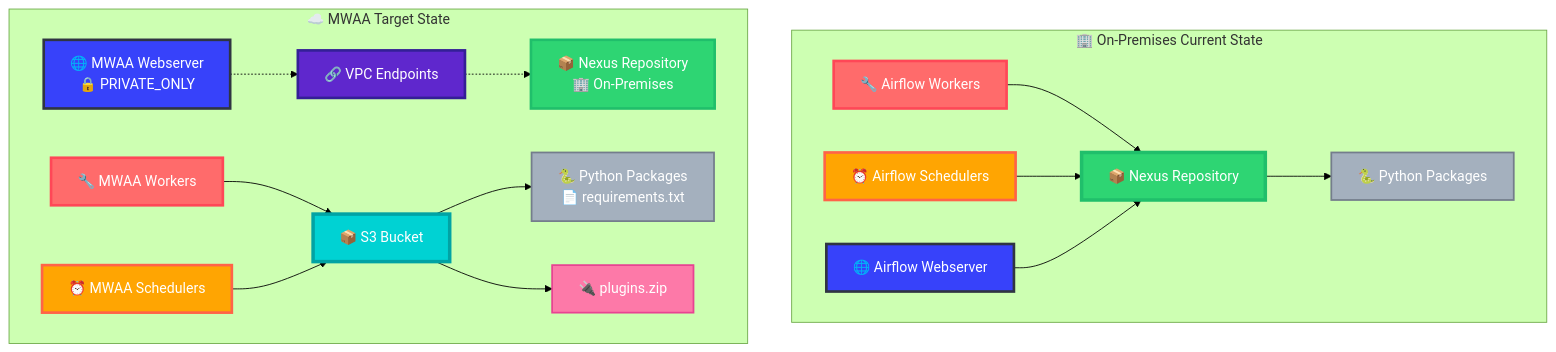
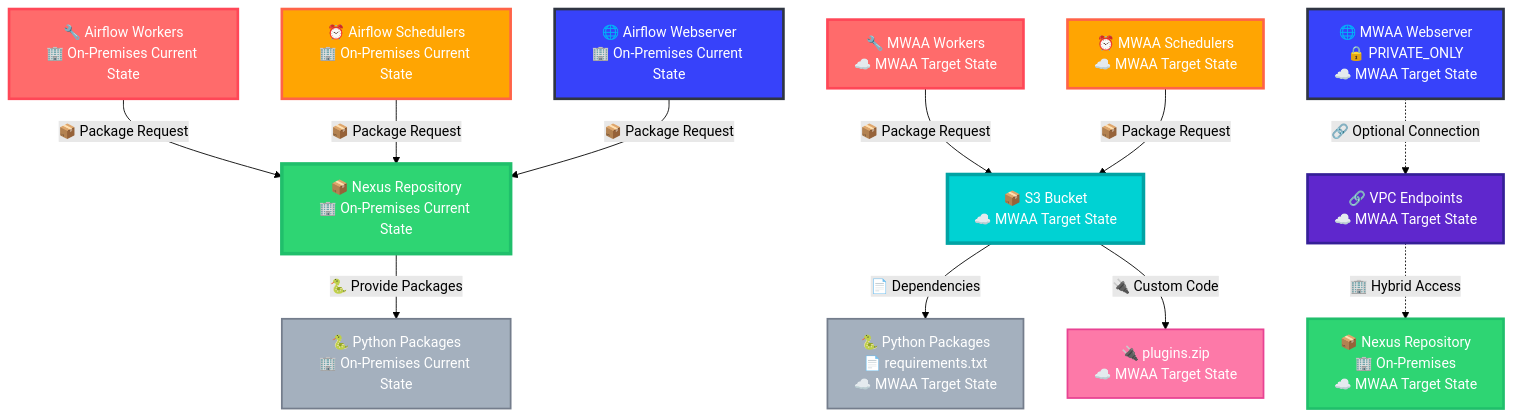
The first of 12 diagrams in README.md (demoq-demo/mwaa), drawn with Mermaid (forest theme) before and after one commit.

````diff
--- a/README.md
+++ b/README.md
@@ -9,34 +9,45 @@
 ```mermaid
 graph TB
-    subgraph "🏢 On-Premises Current State"
-        A[🔧 Airflow Workers] --> N[📦 Nexus Repository]
-        B[⏰ Airflow Schedulers] --> N
-        C[🌐 Airflow Webserver] --> N
-        N --> P[🐍 Python Packages]
-    end
+    A[🔧 Airflow Workers<br/>🏢 On-Premises Current State]
+    B[⏰ Airflow Schedulers<br/>🏢 On-Premises Current State]
+    C[🌐 Airflow Webserver<br/>🏢 On-Premises Current State]
+    N[📦 Nexus Repository<br/>🏢 On-Premises Current State]
+    P[🐍 Python Packages<br/>🏢 On-Premises Current State]
     
-    subgraph "☁️ MWAA Target State"
-        MW[🔧 MWAA Workers] --> S3[📦 S3 Bucket]
-        MS[⏰ MWAA Schedulers] --> S3
-        MWS[🌐 MWAA Webserver<br/>🔒 PRIVATE_ONLY] -.-> VE[🔗 VPC Endpoints]
-        VE -.-> NR[📦 Nexus Repository<br/>🏢 On-Premises]
-        S3 --> PP[🐍 Python Packages<br/>📄 requirements.txt]
-        S3 --> PZ[🔌 plugins.zip]
-    end
+    MW[🔧 MWAA Workers<br/>☁️ MWAA Target State]
+    MS[⏰ MWAA Schedulers<br/>☁️ MWAA Target State]
+    MWS[🌐 MWAA Webserver<br/>🔒 PRIVATE_ONLY<br/>☁️ MWAA Target State]
+    VE[🔗 VPC Endpoints<br/>☁️ MWAA Target State]
+    S3[📦 S3 Bucket<br/>☁️ MWAA Target State]
+    NR[📦 Nexus Repository<br/>🏢 On-Premises<br/>☁️ MWAA Target State]
+    PP[🐍 Python Packages<br/>📄 requirements.txt<br/>☁️ MWAA Target State]
+    PZ[🔌 plugins.zip<br/>☁️ MWAA Target State]
+    
+    A -->|📦 Package Request| N
+    B -->|📦 Package Request| N
+    C -->|📦 Package Request| N
+    N -->|🐍 Provide Packages| P
+    
+    MW -->|📦 Package Request| S3
+    MS -->|📦 Package Request| S3
+    MWS -.->|🔗 Optional Connection| VE
+    VE -.->|🏢 Hybrid Access| NR
+    S3 -->|📄 Dependencies| PP
+    S3 -->|🔌 Custom Code| PZ
     
     %% Styling for colorful appearance
     style A fill:#ff6b6b,stroke:#ff4757,stroke-width:3px,color:#fff
     style B fill:#ffa502,stroke:#ff6348,stroke-width:3px,color:#fff
     style C fill:#3742fa,stroke:#2f3542,stroke-width:3px,color:#fff
     style N fill:#2ed573,stroke:#20bf6b,stroke-width:4px,color:#fff
     style P fill:#a4b0be,stroke:#747d8c,stroke-width:2px,color:#fff
     
     style MW fill:#ff6b6b,stroke:#ff4757,stroke-width:3px,color:#fff
     style MS fill:#ffa502,stroke:#ff6348,stroke-width:3px,color:#fff
     style MWS fill:#3742fa,stroke:#2f3542,stroke-width:3px,color:#fff
     style S3 fill:#00d2d3,stroke:#01a3a4,stroke-width:4px,color:#fff
     style VE fill:#5f27cd,stroke:#341f97,stroke-width:3px,color:#fff
     style NR fill:#2ed573,stroke:#20bf6b,stroke-width:3px,color:#fff
     style PP fill:#a4b0be,stroke:#747d8c,stroke-width:2px,color:#fff
     style PZ fill:#fd79a8,stroke:#e84393,stroke-width:2px,color:#fff
 ```
````
